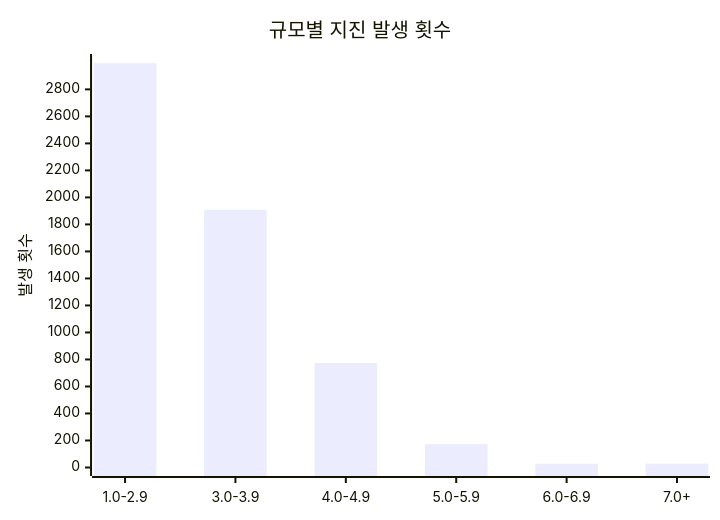
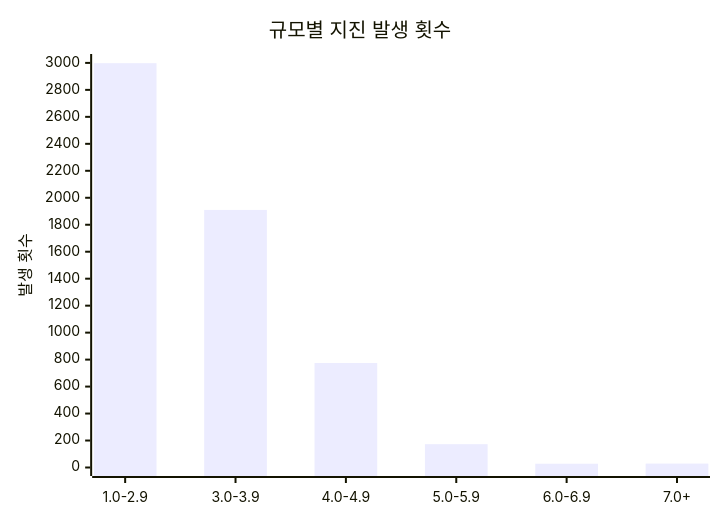
Before and after one commit to serendip811/japan-eq: the diagram in charts/magnitude-chart.md, drawn with Mermaid. The commit also changed other lines of this file and 6 other files, not shown here.

Commit message:
Update earthquake data and charts Wed Nov 25 22:56:09 UTC 2026

````diff
--- a/charts/magnitude-chart.md
+++ b/charts/magnitude-chart.md
@@ -3,7 +3,7 @@
 ```mermaid
 xychart-beta
     title "규모별 지진 발생 횟수"
     x-axis [1.0-2.9, 3.0-3.9, 4.0-4.9, 5.0-5.9, 6.0-6.9, 7.0+]
-    y-axis "발생 횟수" 0 --> 2999
-    bar [2994, 1908, 774, 173, 28, 29]
+    y-axis "발생 횟수" 0 --> 3003
+    bar [2998, 1910, 775, 173, 28, 29]
 ```
````
